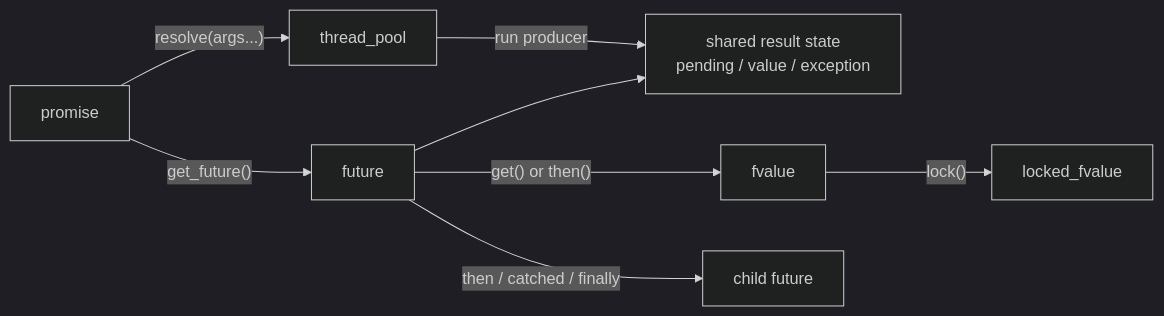
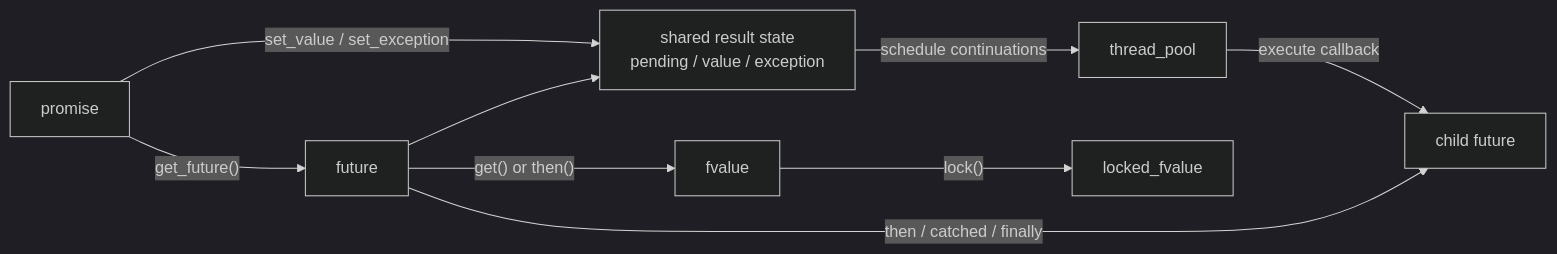
One commit to vshalygin/common changed the diagram in docs/future-semantics.md. Above: the diagram before and after it, drawn with Mermaid (dark theme). The commit also changed other lines of this file and 28 other files, not shown here.

Commit message:
Replace promise::resolve with promise::set_value and promise::set_exception

````diff
--- a/docs/future-semantics.md
+++ b/docs/future-semantics.md
@@ -33,18 +34,19 @@
 ```mermaid
 flowchart LR
     Producer["promise"]
     Pool["thread_pool"]
     State["shared result state<br/>pending / value / exception"]
     Future["future"]
     Value["fvalue"]
     Locked["locked_fvalue"]
     Child["child future"]
 
-    Producer -- "resolve(args...)" --> Pool
-    Pool -- "run producer" --> State
+    Producer -- "set_value / set_exception" --> State
     Producer -- "get_future()" --> Future
     Future --> State
     Future -- "get() or then()" --> Value
     Value -- "lock()" --> Locked
     Future -- "then / catched / finally" --> Child
+    State -- "schedule continuations" --> Pool
+    Pool -- "execute callback" --> Child
 ```
````
